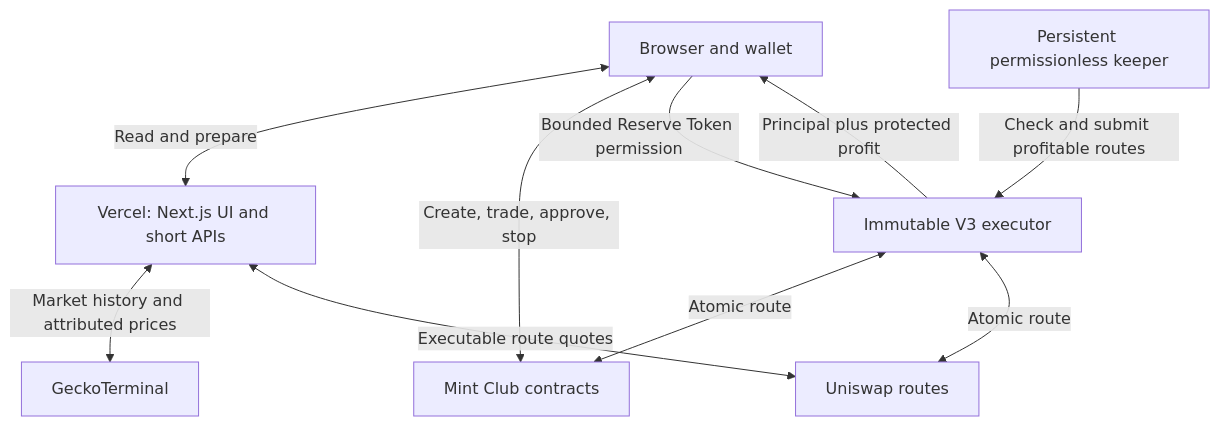
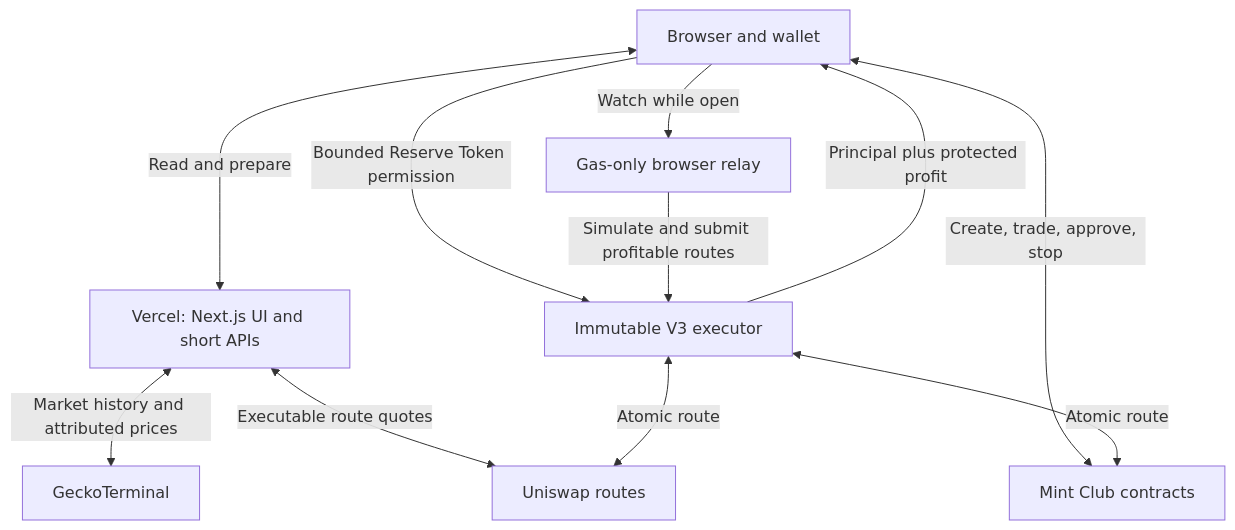
The second of 2 diagrams in README.md (openadsseries/arbitrage), drawn with Mermaid before and after one commit. The commit also changed other lines of this file and 29 other files, not shown here.

````diff
--- a/README.md
+++ b/README.md
@@ -78,20 +78,21 @@
 ```mermaid
 flowchart TB
     U[Browser and wallet]
     V[Vercel: Next.js UI and short APIs]
     G[GeckoTerminal]
     M[Mint Club contracts]
     X[Uniswap routes]
     E[Immutable V3 executor]
-    K[Persistent permissionless keeper]
+    R[Gas-only browser relay]
 
     U <-->|Read and prepare| V
     V <-->|Market history and attributed prices| G
     U <-->|Create, trade, approve, stop| M
     V <-->|Executable route quotes| X
     U -->|Bounded Reserve Token permission| E
-    K -->|Check and submit profitable routes| E
+    U -->|Watch while open| R
+    R -->|Simulate and submit profitable routes| E
     E <-->|Atomic route| M
     E <-->|Atomic route| X
     E -->|Principal plus protected profit| U
 ```
````
